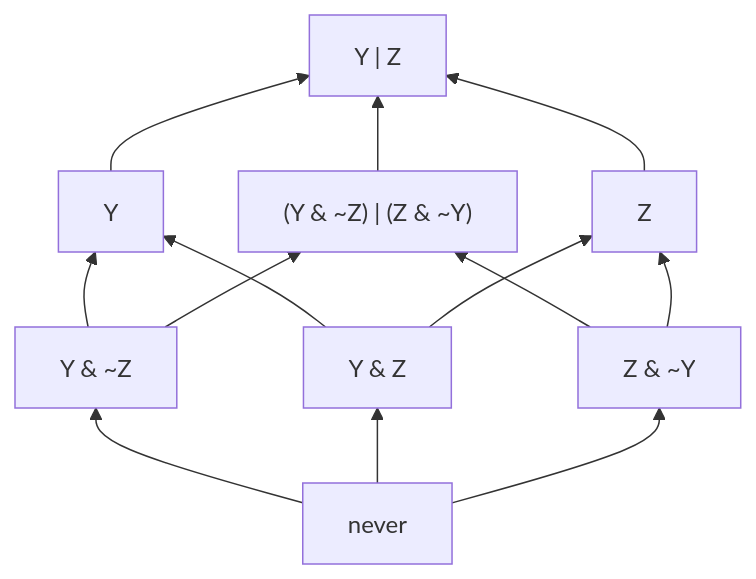
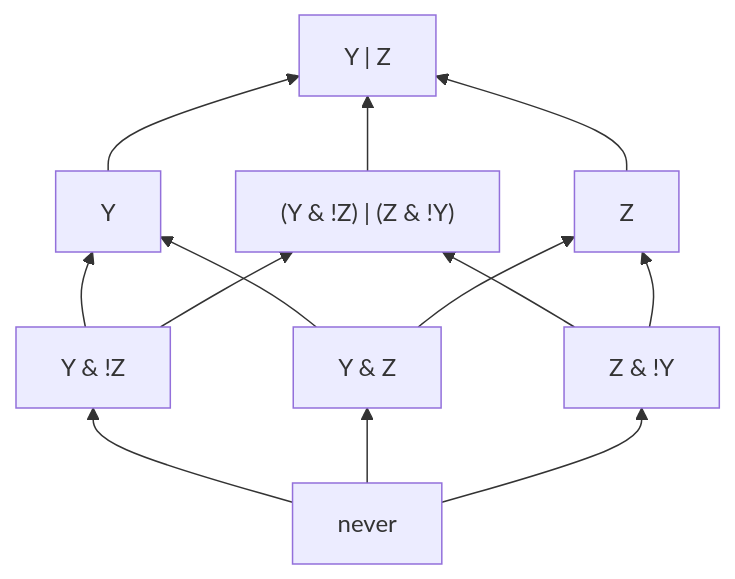
One commit to yo-goto/zenn-public-repo changed diagram 14 of 16 in books/ast/7-2-ast-lattice-theoretic-model-2.md. Above: the diagram before and after it, drawn with Mermaid. The commit also changed other lines of this file, not shown here.

Commit message:
🐛 fix(chapter): 否定形は!を使うように修正

````diff
--- a/books/ast/7-2-ast-lattice-theoretic-model-2.md
+++ b/books/ast/7-2-ast-lattice-theoretic-model-2.md
@@ -462,19 +462,19 @@
 ```mermaid
 graph BT
   B["never"]
-  YZC["Y & ~Z"]
+  YZC["Y & !Z"]
   YZ["Y & Z"]
-  ZYC["Z & ~Y"]
+  ZYC["Z & !Y"]
   Y["Y"]
-  YZCZYC["(Y & ~Z) | (Z & ~Y)"]
+  YZCZYC["(Y & !Z) | (Z & !Y)"]
   Z["Z"]
   T["Y | Z"]
   B --> YZC & YZ & ZYC
   YZC --> Y
   YZ --> Y
   ZYC --> YZCZYC
   YZ --> Z
   YZC --> YZCZYC
   ZYC --> Z
   Y & Z & YZCZYC --> T
 ```
````
